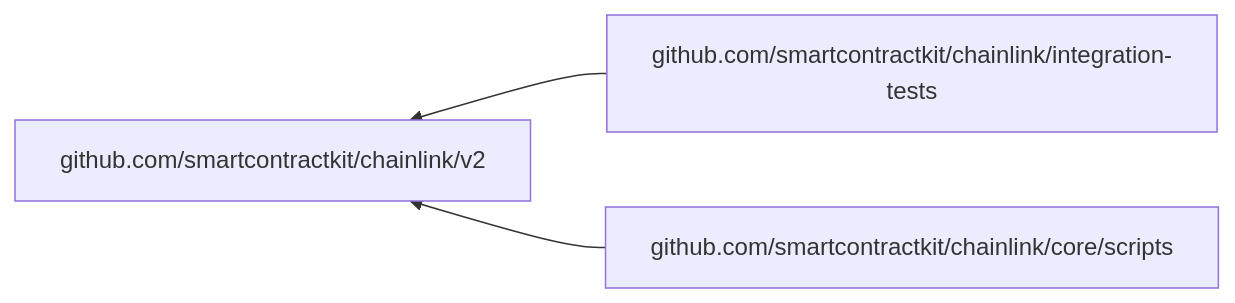
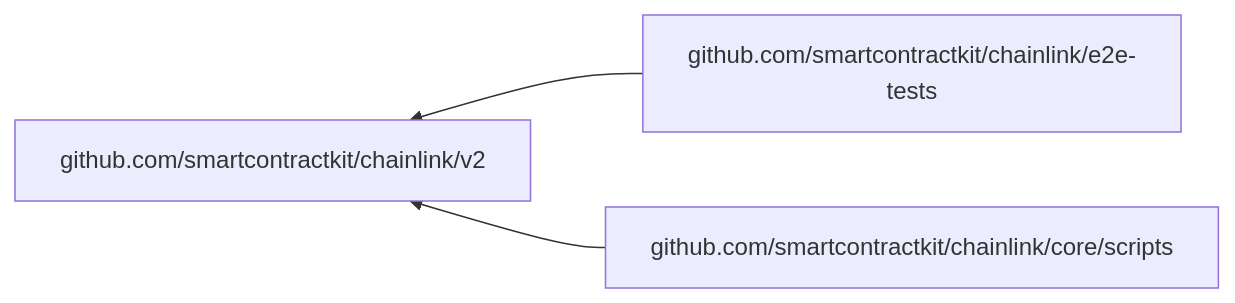
The diagram in README.md (smartcontractkit/chainlink), drawn with Mermaid before and after one commit. The commit also changed other lines of this file and 365 other files, not shown here.

Commit message:
rename integration-tests folder to e2e-tests folder and update paths

````diff
--- a/README.md
+++ b/README.md
@@ -237,7 +237,7 @@
 ```mermaid
 flowchart RL
     github.com/smartcontractkit/chainlink/v2
-    github.com/smartcontractkit/chainlink/integration-tests --> github.com/smartcontractkit/chainlink/v2
+    github.com/smartcontractkit/chainlink/e2e-tests --> github.com/smartcontractkit/chainlink/v2
     github.com/smartcontractkit/chainlink/core/scripts --> github.com/smartcontractkit/chainlink/v2
 
 ```
````
